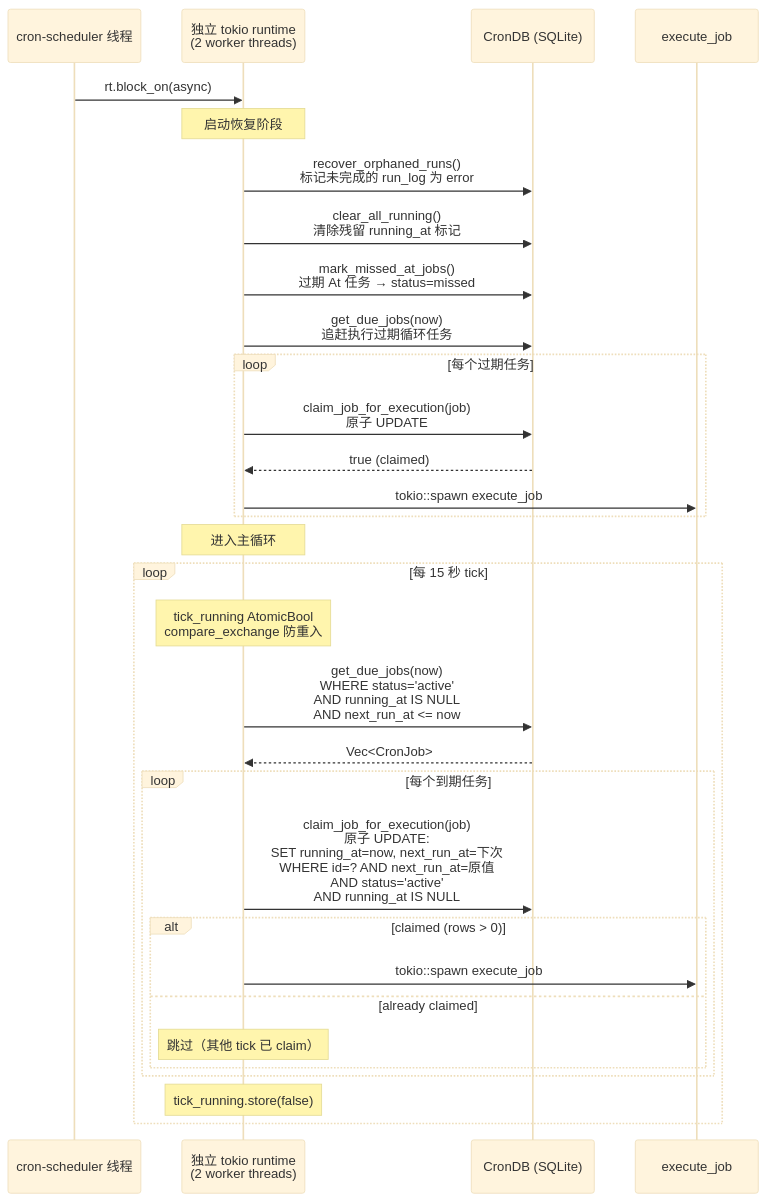
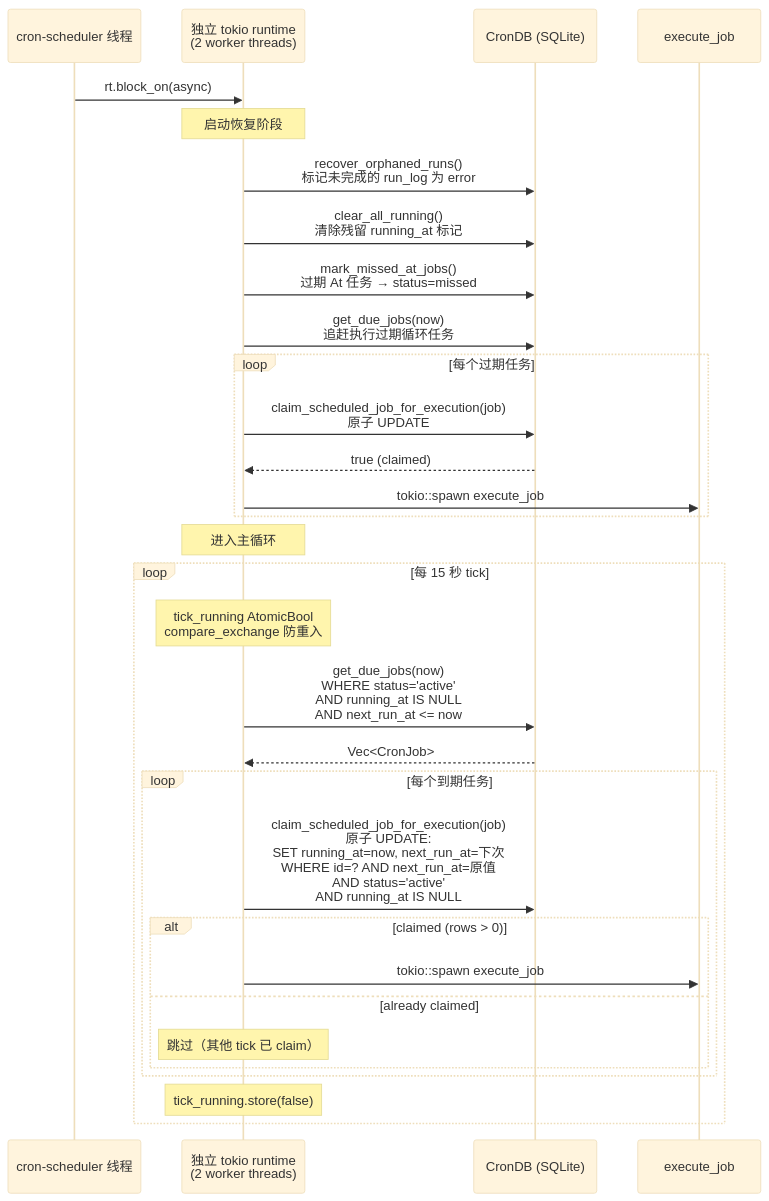
Before and after one commit to zhukai9527/hope-agent: the first of 3 diagrams in docs/architecture/cron.md, drawn with Mermaid (base theme). The commit also changed other lines of this file and 22 other files, not shown here.

````diff
--- a/docs/architecture/cron.md
+++ b/docs/architecture/cron.md
@@ -187,40 +187,40 @@
 ```mermaid
 sequenceDiagram
     participant Thread as cron-scheduler 线程
     participant RT as 独立 tokio runtime<br/>(2 worker threads)
     participant DB as CronDB (SQLite)
     participant Exec as execute_job
 
     Thread->>RT: rt.block_on(async)
 
     Note over RT: 启动恢复阶段
     RT->>DB: recover_orphaned_runs()<br/>标记未完成的 run_log 为 error
     RT->>DB: clear_all_running()<br/>清除残留 running_at 标记
     RT->>DB: mark_missed_at_jobs()<br/>过期 At 任务 → status=missed
 
     RT->>DB: get_due_jobs(now)<br/>追赶执行过期循环任务
     loop 每个过期任务
-        RT->>DB: claim_job_for_execution(job)<br/>原子 UPDATE
+        RT->>DB: claim_scheduled_job_for_execution(job)<br/>原子 UPDATE
         DB-->>RT: true (claimed)
         RT->>Exec: tokio::spawn execute_job
     end
 
     Note over RT: 进入主循环
 
     loop 每 15 秒 tick
         Note over RT: tick_running AtomicBool<br/>compare_exchange 防重入
         RT->>DB: get_due_jobs(now)<br/>WHERE status='active'<br/>AND running_at IS NULL<br/>AND next_run_at <= now
         DB-->>RT: Vec<CronJob>
 
         loop 每个到期任务
-            RT->>DB: claim_job_for_execution(job)<br/>原子 UPDATE:<br/>SET running_at=now, next_run_at=下次<br/>WHERE id=? AND next_run_at=原值<br/>AND status='active'<br/>AND running_at IS NULL
+            RT->>DB: claim_scheduled_job_for_execution(job)<br/>原子 UPDATE:<br/>SET running_at=now, next_run_at=下次<br/>WHERE id=? AND next_run_at=原值<br/>AND status='active'<br/>AND running_at IS NULL
             alt claimed (rows > 0)
                 RT->>Exec: tokio::spawn execute_job
             else already claimed
                 Note over RT: 跳过（其他 tick 已 claim）
             end
         end
 
         Note over RT: tick_running.store(false)
     end
 ```
````
